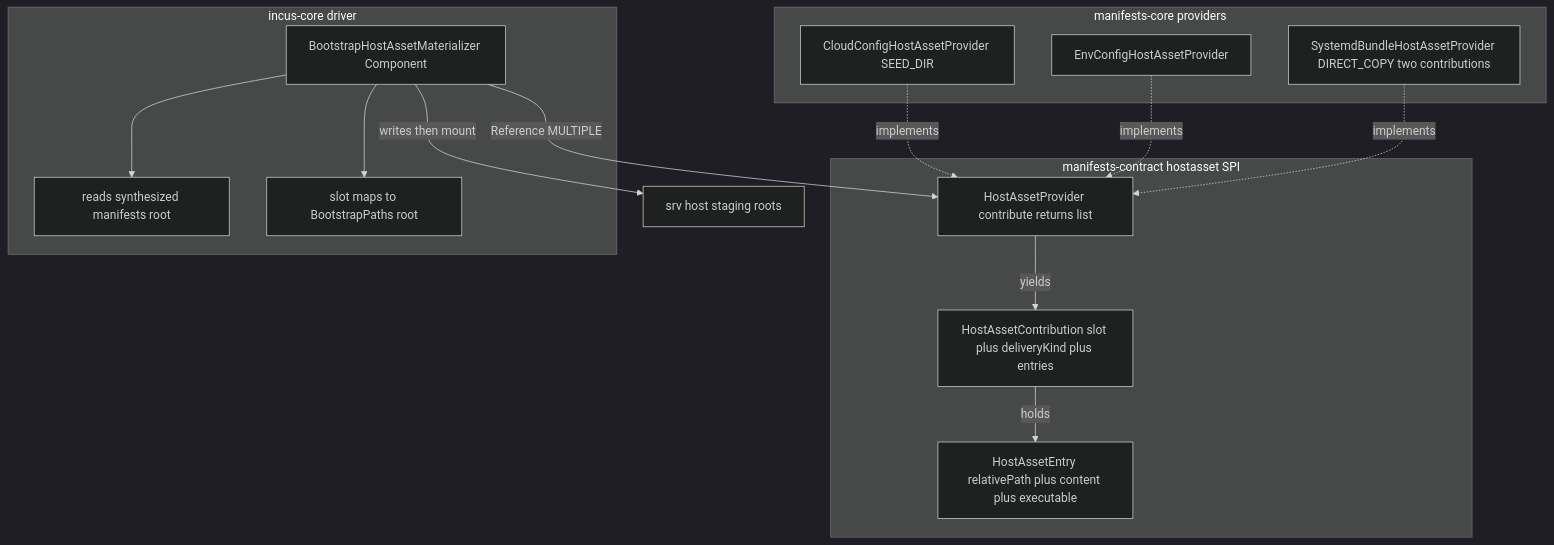
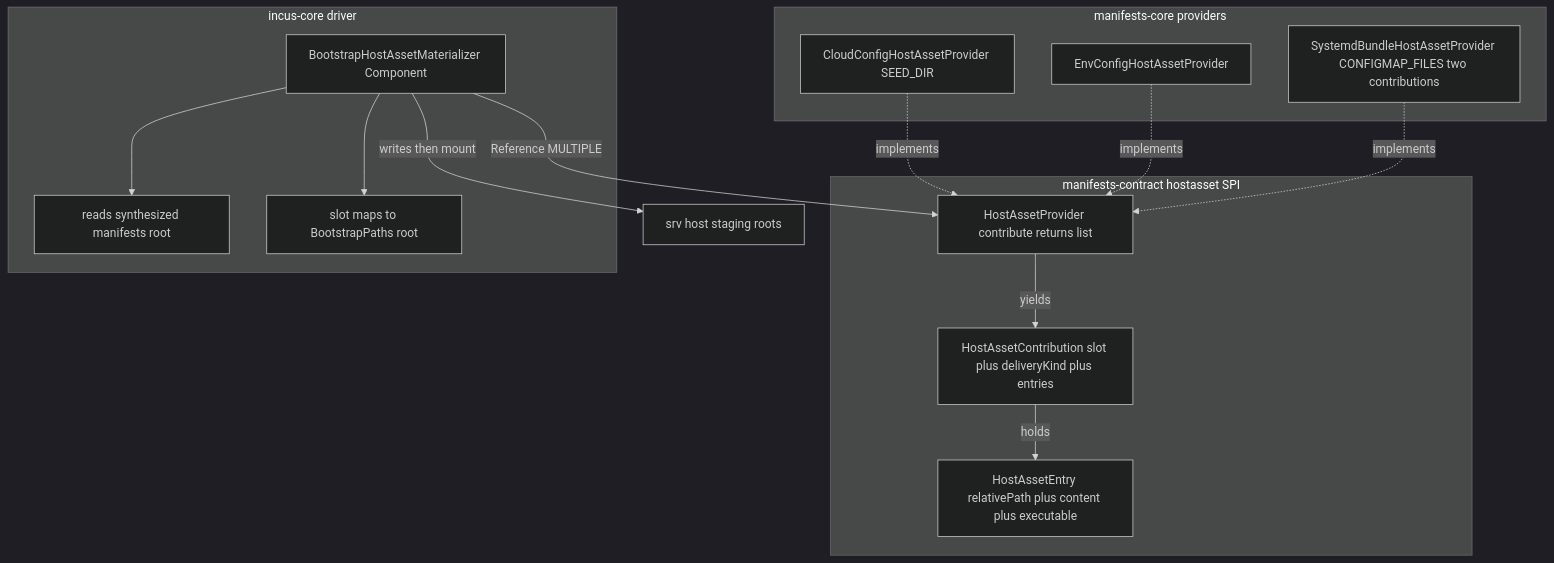
The sixth of 6 diagrams in docs/architecture/bootstrap/provisioning-slice-architecture.adoc (nxmatic/rke2lab), drawn with Mermaid (dark theme) before and after one commit. The commit also changed other lines of this file and 11 other files, not shown here.

```diff
--- a/docs/architecture/bootstrap/provisioning-slice-architecture.adoc
+++ b/docs/architecture/bootstrap/provisioning-slice-architecture.adoc
@@ -663,28 +683,28 @@
 [mermaid]
 ----
 flowchart TB
   subgraph "manifests-contract hostasset SPI"
     SPI["HostAssetProvider contribute returns list"]
     K["HostAssetContribution slot plus deliveryKind plus entries"]
     E["HostAssetEntry relativePath plus content plus executable"]
     SPI -->|"yields"| K
     K -->|"holds"| E
   end
   subgraph "manifests-core providers"
     PC["CloudConfigHostAssetProvider SEED_DIR"]
     PE["EnvConfigHostAssetProvider"]
-    PS["SystemdBundleHostAssetProvider DIRECT_COPY two contributions"]
+    PS["SystemdBundleHostAssetProvider CONFIGMAP_FILES two contributions"]
   end
   PC -.->|"implements"| SPI
   PE -.->|"implements"| SPI
   PS -.->|"implements"| SPI
   subgraph "incus-core driver"
     BM["BootstrapHostAssetMaterializer Component"]
     STG["reads synthesized manifests root"]
     MAP["slot maps to BootstrapPaths root"]
     BM --> STG
     BM --> MAP
   end
   BM -->|"Reference MULTIPLE"| SPI
   BM -->|"writes then mount"| FS["srv host staging roots"]
 ----
```
